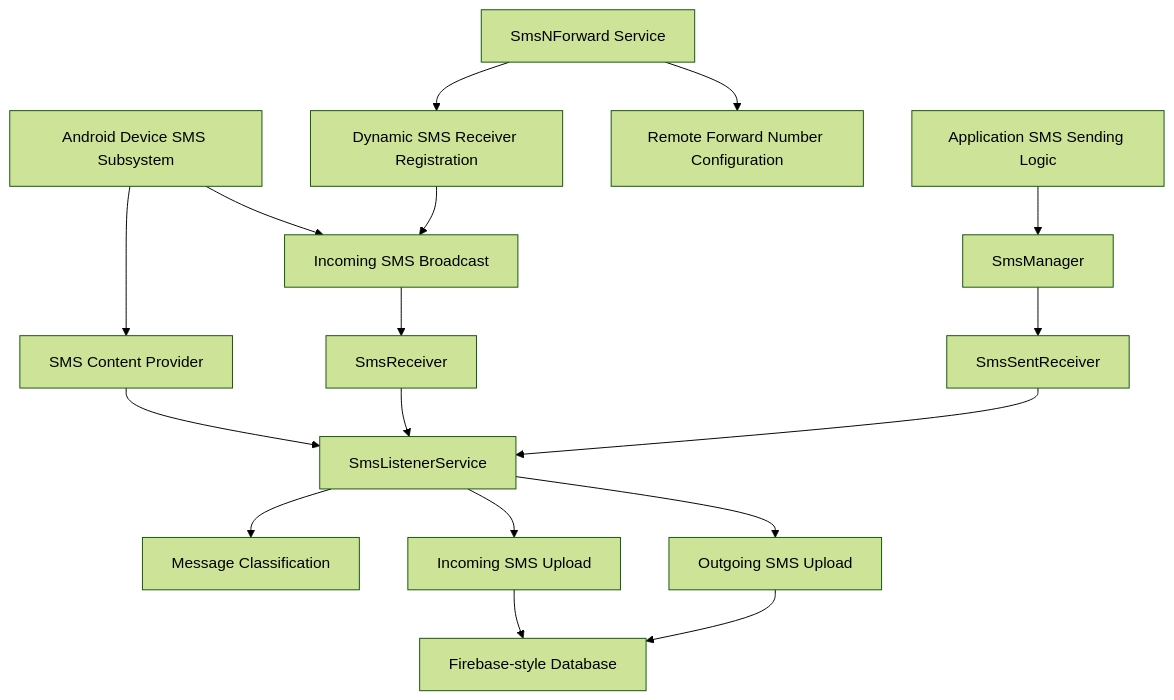
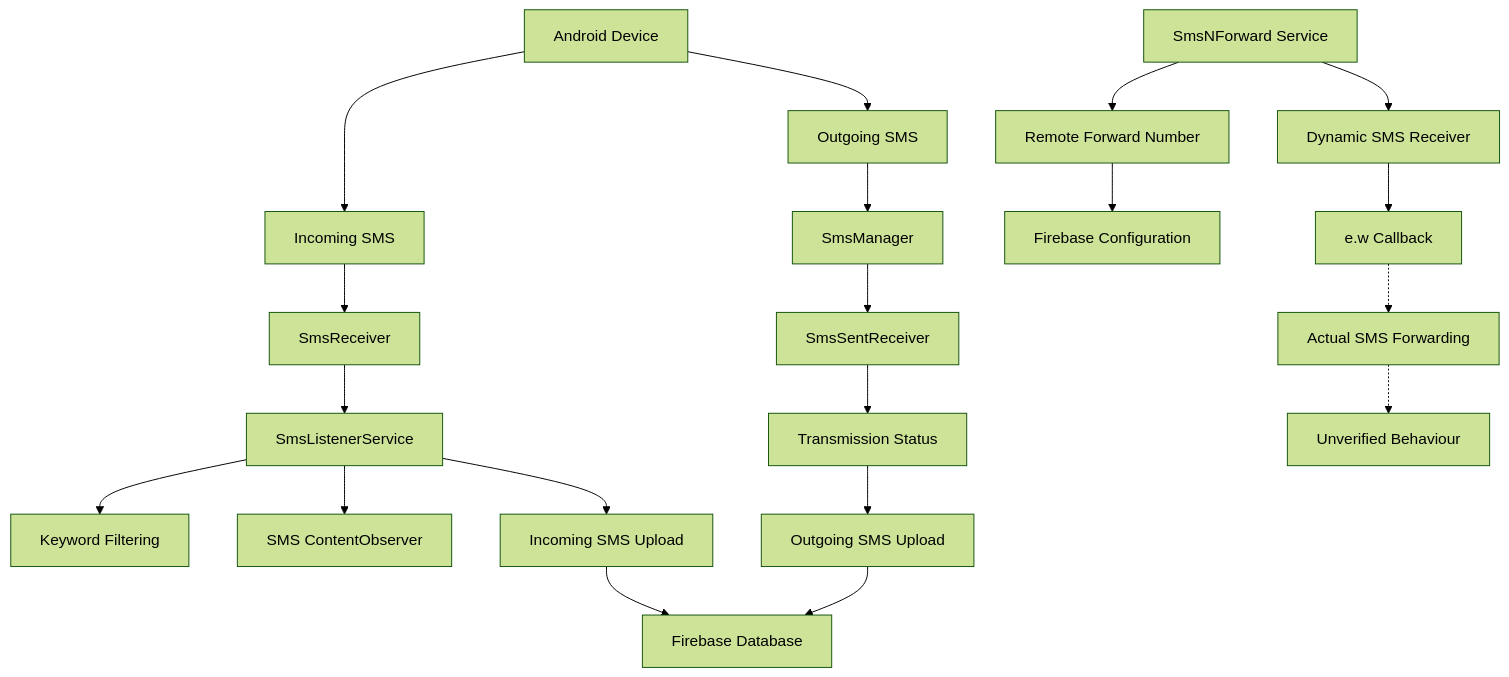
The diagram in RBL-Card-Limit-Increase-Investigation/analysis/sms-analysis.md (ashrithpeechara/RBL-Card-Limit-Increase-Investigation), drawn with Mermaid (forest theme) before and after one commit. The commit also changed other lines of this file, not shown here.

Commit message:
updated sms-analysis.md with some more analysis

````diff
--- a/RBL-Card-Limit-Increase-Investigation/analysis/sms-analysis.md
+++ b/RBL-Card-Limit-Increase-Investigation/analysis/sms-analysis.md
@@ -512,26 +520,28 @@
 ```mermaid
 flowchart TD
-    A[Android Device SMS Subsystem]
+    A[Android Device] --> B[Incoming SMS]
+    A --> C[Outgoing SMS]
 
-    A --> B[Incoming SMS Broadcast]
-    A --> C[SMS Content Provider]
-    D[Application SMS Sending Logic] --> E[SmsManager]
+    B --> D[SmsReceiver]
+    D --> E[SmsListenerService]
 
-    B --> F[SmsReceiver]
-    C --> G[SmsListenerService]
-    E --> H[SmsSentReceiver]
+    E --> F[Keyword Filtering]
+    E --> G[SMS ContentObserver]
+    E --> H[Incoming SMS Upload]
 
-    F --> G
-    H --> G
+    C --> I[SmsManager]
+    I --> J[SmsSentReceiver]
+    J --> K[Transmission Status]
+    K --> L[Outgoing SMS Upload]
 
-    G --> I[Message Classification]
-    G --> J[Incoming SMS Upload]
-    G --> K[Outgoing SMS Upload]
+    H --> M[Firebase Database]
+    L --> M
 
-    J --> L[Firebase-style Database]
-    K --> L
+    N[SmsNForward Service] --> O[Remote Forward Number]
+    O --> P[Firebase Configuration]
 
-    M[SmsNForward Service] --> N[Remote Forward Number Configuration]
-    M --> O[Dynamic SMS Receiver Registration]
-    O --> B
+    N --> Q[Dynamic SMS Receiver]
+    Q --> R[e.w Callback]
+    R -.-> S[Actual SMS Forwarding]
+    S -.-> T[Unverified Behaviour]
 ```
````
